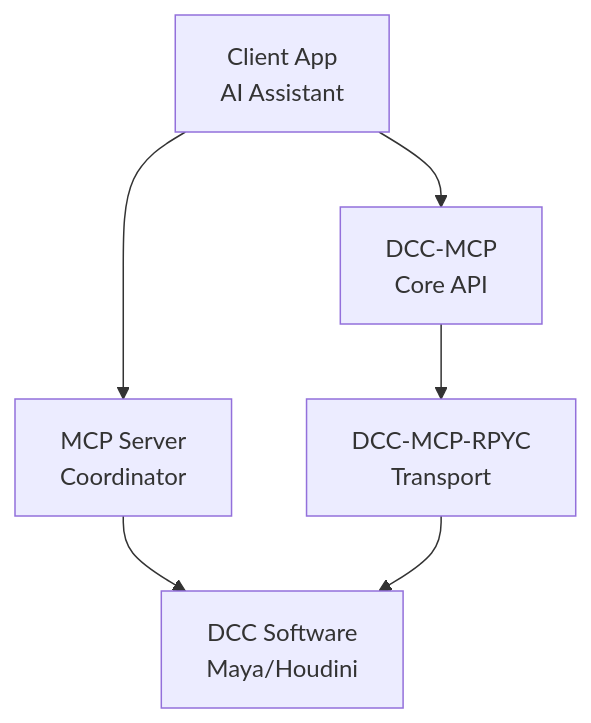
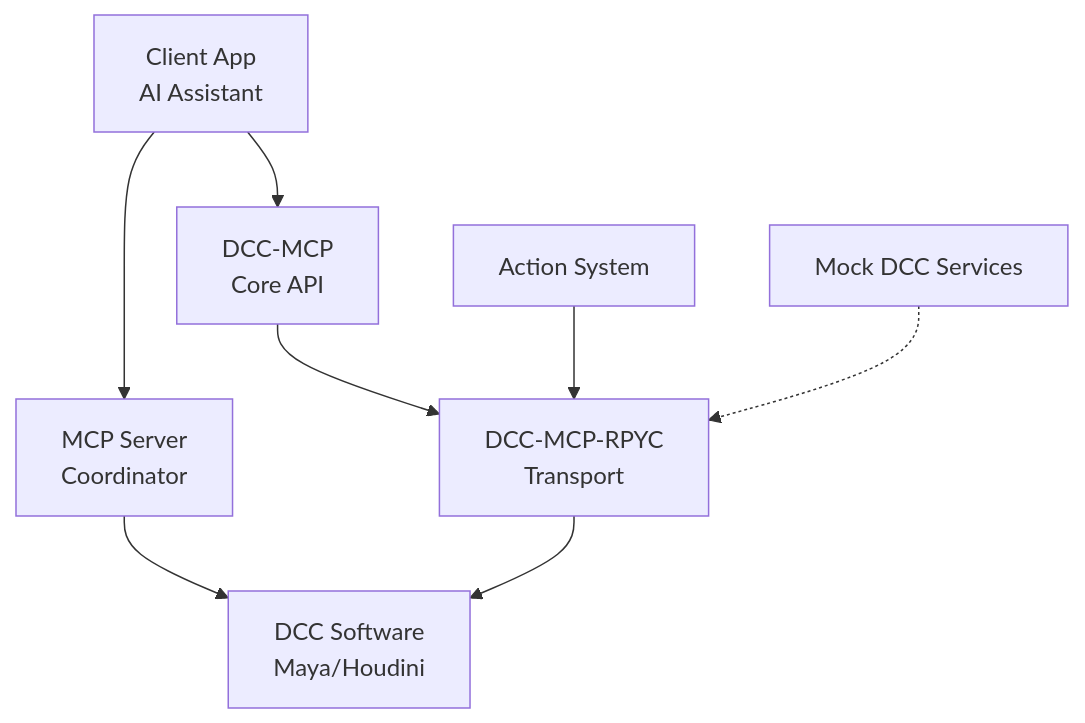
The diagram in README.md (loonghao/dcc-mcp-rpyc), drawn with Mermaid before and after one commit. The commit also changed other lines of this file and 5 other files, not shown here.

Commit message:
feat: Add mock DCC services and async client

````diff
--- a/README.md
+++ b/README.md
@@ -43,8 +47,10 @@
 ```mermaid
 graph TD
     A[Client App<br>AI Assistant] --> B[MCP Server<br>Coordinator]
     B --> C[DCC Software<br>Maya/Houdini]
     A --> D[DCC-MCP<br>Core API]
     D --> E[DCC-MCP-RPYC<br>Transport]
     E --> C
+    F[Action System] --> E
+    G[Mock DCC Services] -.-> E
 ```
````
